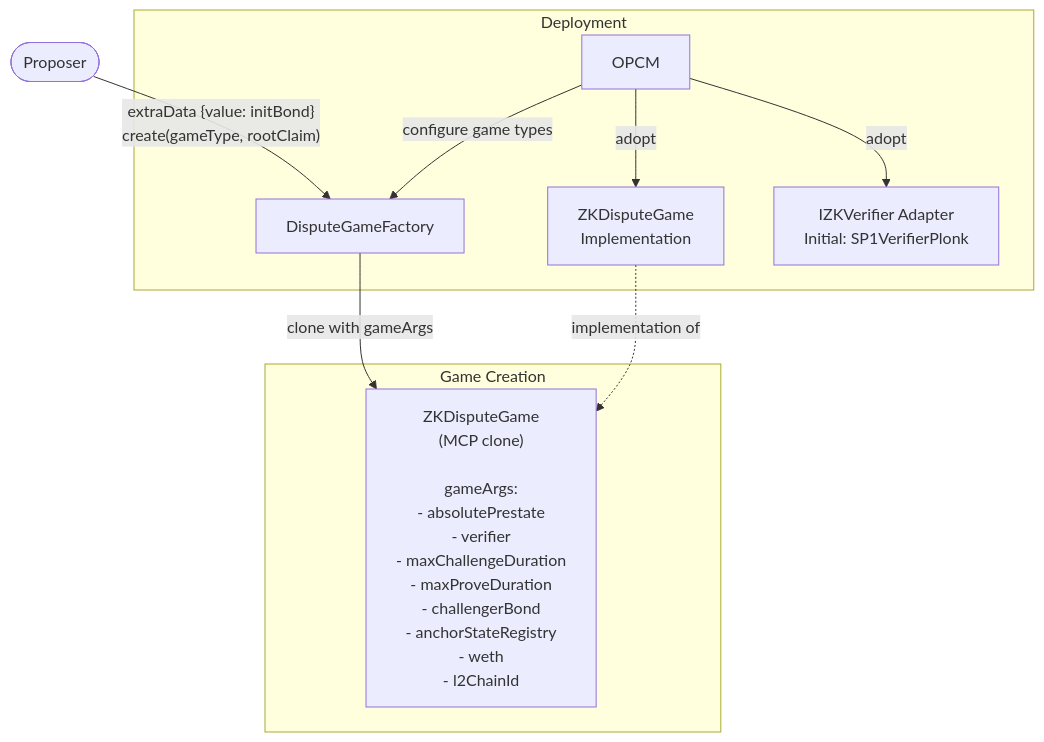
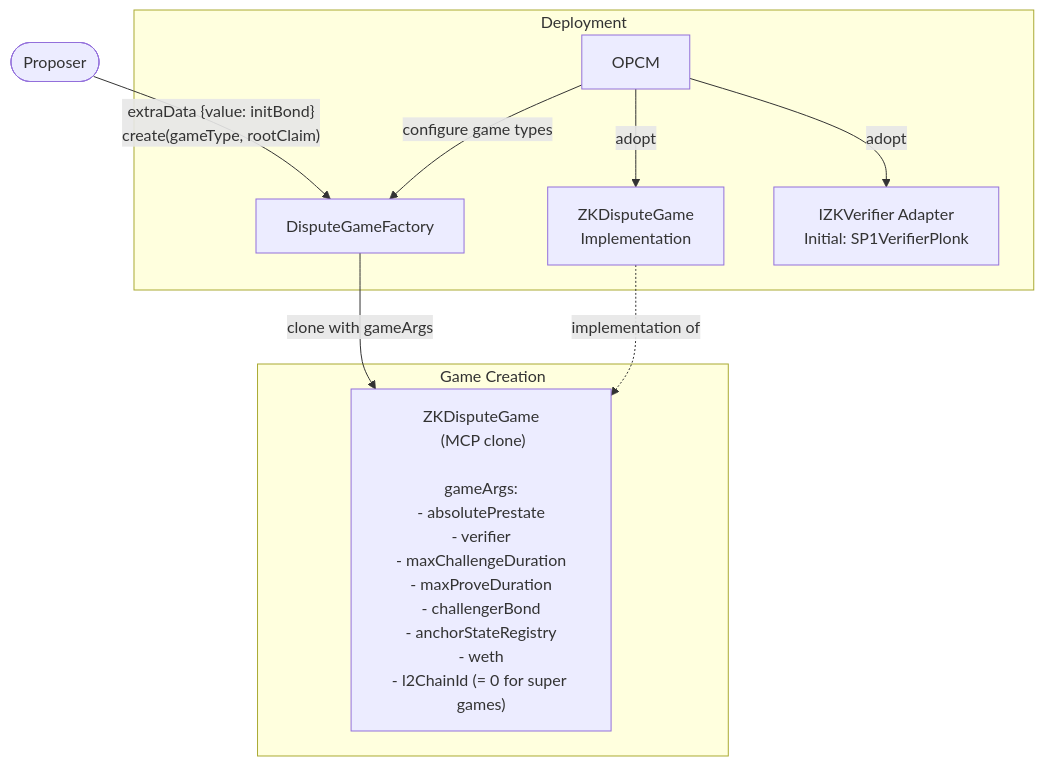
The first of 4 diagrams in protocol/proofs/super-zk-dispute-game.md (ethereum-optimism/design-docs), drawn with Mermaid before and after one commit. The commit also changed other lines of this file, not shown here.

Commit message:
docs: revise zkdisputegame doc with super roots

````diff
--- a/protocol/proofs/super-zk-dispute-game.md
+++ b/protocol/proofs/super-zk-dispute-game.md
@@ -54,23 +58,23 @@
 ```mermaid
 graph TB
     subgraph Deployment
         OPCM[OPCM]
         ZKImpl[ZKDisputeGame<br/>Implementation]
         DGF[DisputeGameFactory]
         Verifier[IZKVerifier Adapter<br/>Initial: SP1VerifierPlonk]
         
         OPCM -->|adopt| ZKImpl
         OPCM -->|"configure game types"| DGF
         OPCM -->|adopt| Verifier
     end
     
     subgraph Game Creation
-        ZKClone["ZKDisputeGame<br/> (MCP clone)<br/><br/>gameArgs:<br/>- absolutePrestate<br/>- verifier<br/>- maxChallengeDuration<br/>- maxProveDuration<br/>- challengerBond<br/>- anchorStateRegistry<br/>- weth<br/>- l2ChainId"]
+        ZKClone["ZKDisputeGame<br/> (MCP clone)<br/><br/>gameArgs:<br/>- absolutePrestate<br/>- verifier<br/>- maxChallengeDuration<br/>- maxProveDuration<br/>- challengerBond<br/>- anchorStateRegistry<br/>- weth<br/>- l2ChainId (= 0 for super games)"]
         
         ZKImpl -.->|implementation of| ZKClone
         DGF -->|clone with gameArgs| ZKClone
     end
     
     Proposer([Proposer])
     Proposer -->|"extraData {value: initBond}<br/>create(gameType, rootClaim)"| DGF
 ```
````
